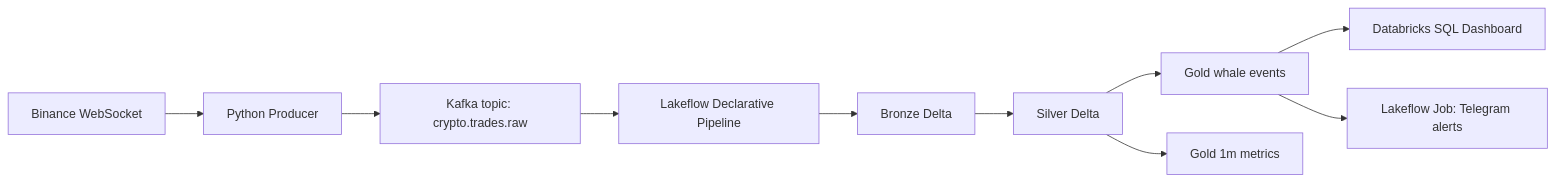
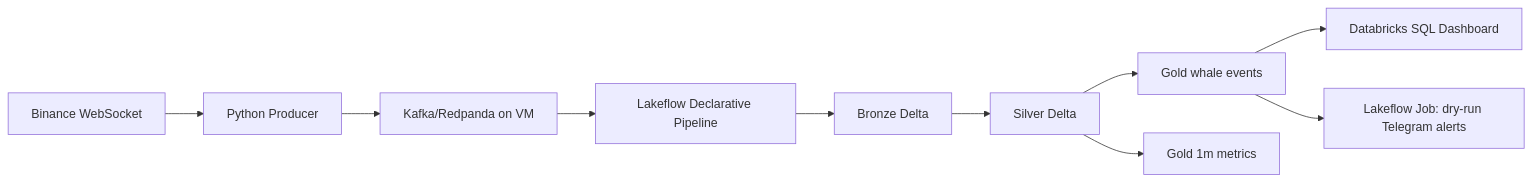
Before and after one commit to datnndd/Bitcoin_Kafka_Prj: the diagram in README.md, drawn with Mermaid. The commit also changed other lines of this file and 10 other files, not shown here.

````diff
--- a/README.md
+++ b/README.md
@@ -20,12 +18,12 @@
 ```mermaid
 flowchart LR
     A["Binance WebSocket"] --> B["Python Producer"]
-    B --> C["Kafka topic: crypto.trades.raw"]
+    B --> C["Kafka/Redpanda on VM"]
     C --> D["Lakeflow Declarative Pipeline"]
     D --> E["Bronze Delta"]
     E --> F["Silver Delta"]
     F --> G["Gold whale events"]
     F --> H["Gold 1m metrics"]
     G --> I["Databricks SQL Dashboard"]
-    G --> J["Lakeflow Job: Telegram alerts"]
+    G --> J["Lakeflow Job: dry-run Telegram alerts"]
 ```
````
